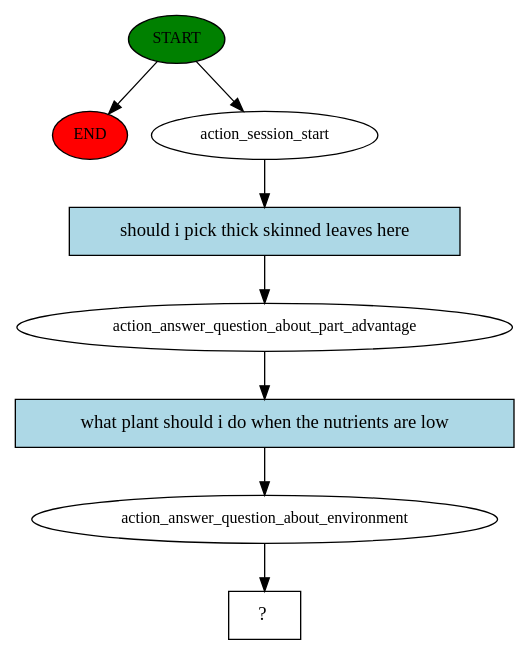
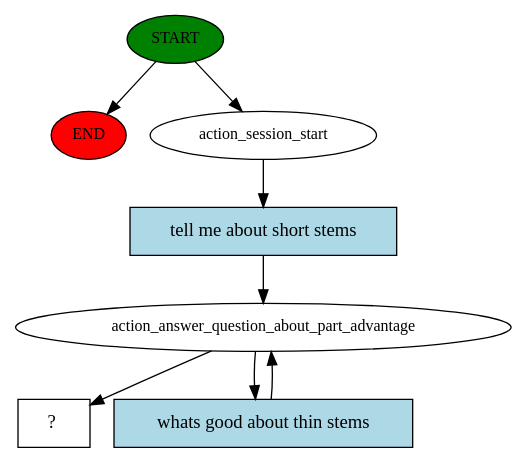
The diagram in story_graph.dot (gozlen/virtual-assistant), drawn with Graphviz before and after one commit. The commit also changed 5 other files, not shown here.

```diff
--- a/story_graph.dot
+++ b/story_graph.dot
@@ -1,17 +1,16 @@
 digraph  {
 0 [class="start active", fillcolor=green, fontsize=12, label=START, style=filled];
 "-1" [class=end, fillcolor=red, fontsize=12, label=END, style=filled];
 1 [class=active, fontsize=12, label=action_session_start];
 2 [class=active, fontsize=12, label=action_answer_question_about_part_advantage];
-3 [class=active, fontsize=12, label=action_answer_question_about_environment];
-4 [class="intent dashed active", label="  ?  ", shape=rect];
-5 [class="intent active", fillcolor=lightblue, label="should i pick thick skinned leaves here", shape=rect, style=filled];
-6 [class="intent active", fillcolor=lightblue, label="what plant should i do when the nutrients are low", shape=rect, style=filled];
+7 [class="intent dashed active", label="  ?  ", shape=rect];
+8 [class="intent active", fillcolor=lightblue, label="tell me about short stems", shape=rect, style=filled];
+9 [class="intent active", fillcolor=lightblue, label="whats good about thin stems", shape=rect, style=filled];
 0 -> "-1"  [class="", key=NONE, label=""];
 0 -> 1  [class=active, key=NONE, label=""];
-1 -> 5  [class=active, key=0];
-2 -> 6  [class=active, key=0];
-3 -> 4  [class=active, key=NONE, label=""];
-5 -> 2  [class=active, key=0];
-6 -> 3  [class=active, key=0];
+1 -> 8  [class=active, key=0];
+2 -> 7  [class=active, key=NONE, label=""];
+2 -> 9  [class=active, key=0];
+8 -> 2  [class=active, key=0];
+9 -> 2  [class=active, key=0];
 }
```
